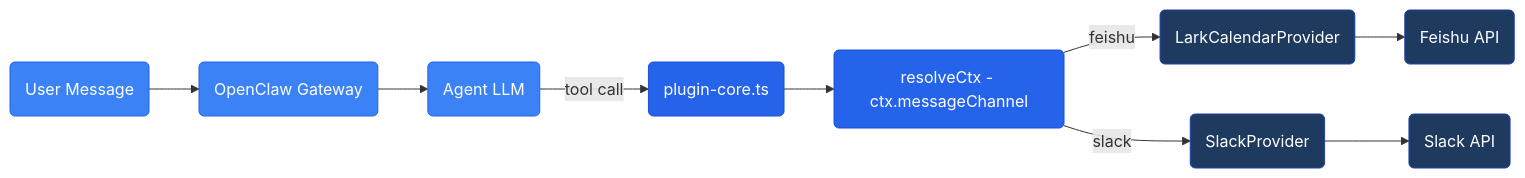
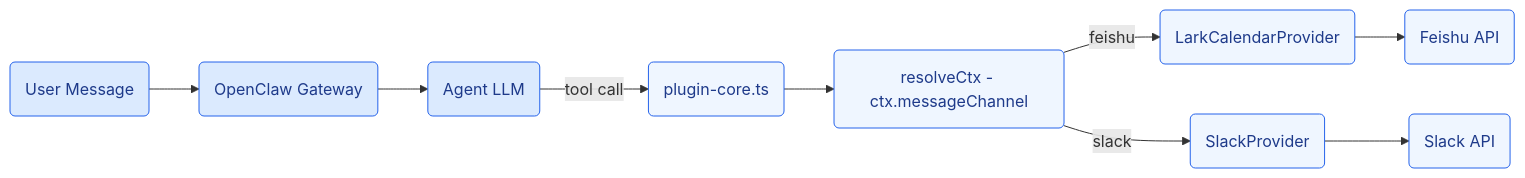
Before and after one commit to javana3/claw_meeting_all: the eighth of 13 diagrams in README.md, drawn with Mermaid. The commit also changed other lines of this file, not shown here.

````diff
--- a/README.md
+++ b/README.md
@@ -322,21 +322,21 @@
 ```mermaid
 graph LR
     MSG(User Message) --> GW(OpenClaw Gateway)
     GW --> AGENT(Agent LLM)
     AGENT -->|tool call| CORE(plugin-core.ts)
     CORE --> CTX(resolveCtx - ctx.messageChannel)
     CTX -->|feishu| LP(LarkCalendarProvider)
     CTX -->|slack| SP(SlackProvider)
     LP --> LAPI(Feishu API)
     SP --> SAPI(Slack API)
 
-    style CTX fill:#2563eb,stroke:#1d4ed8,color:#fff
-    style LP fill:#1e3a5f,stroke:#1e40af,color:#fff
-    style SP fill:#1e3a5f,stroke:#1e40af,color:#fff
-    style MSG fill:#3b82f6,stroke:#2563eb,color:#fff
-    style GW fill:#3b82f6,stroke:#2563eb,color:#fff
-    style AGENT fill:#3b82f6,stroke:#2563eb,color:#fff
-    style CORE fill:#2563eb,stroke:#1d4ed8,color:#fff
-    style LAPI fill:#1e3a5f,stroke:#1e40af,color:#fff
-    style SAPI fill:#1e3a5f,stroke:#1e40af,color:#fff
+    style CTX fill:#eff6ff,stroke:#2563eb,color:#1e3a8a
+    style LP fill:#eff6ff,stroke:#2563eb,color:#1e3a8a
+    style SP fill:#eff6ff,stroke:#2563eb,color:#1e3a8a
+    style MSG fill:#dbeafe,stroke:#2563eb,color:#1e3a8a
+    style GW fill:#dbeafe,stroke:#2563eb,color:#1e3a8a
+    style AGENT fill:#dbeafe,stroke:#2563eb,color:#1e3a8a
+    style CORE fill:#eff6ff,stroke:#2563eb,color:#1e3a8a
+    style LAPI fill:#eff6ff,stroke:#2563eb,color:#1e3a8a
+    style SAPI fill:#eff6ff,stroke:#2563eb,color:#1e3a8a
 ```
````
